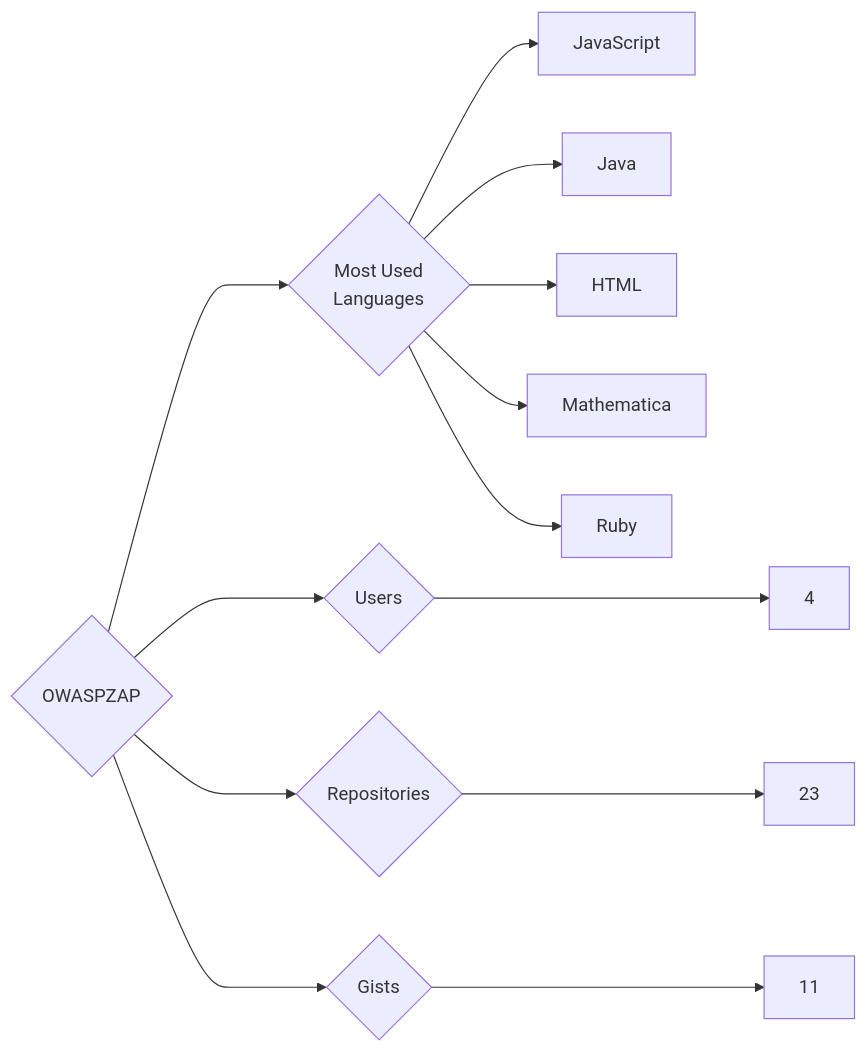
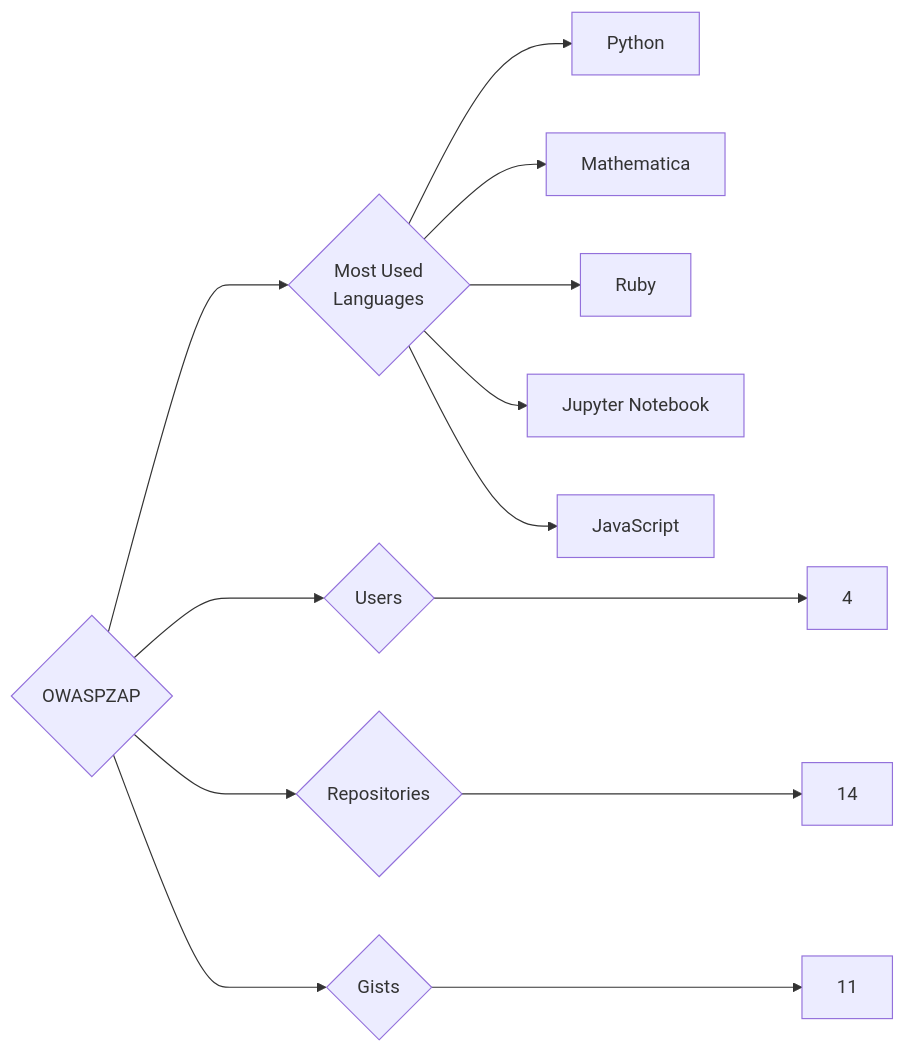
Before and after one commit to trickest/insiders: the diagram in targets/OWASPZAP/README.md, drawn with Mermaid. The commit also changed 1479 other files, not shown here.

````diff
--- a/targets/OWASPZAP/README.md
+++ b/targets/OWASPZAP/README.md
@@ -3,13 +3,13 @@
 ```mermaid
 graph LR
 COMPANY_NAME{OWASPZAP}
 COMPANY_NAME ---> U{Users} ---> UN[4]
-COMPANY_NAME ---> R{Repositories} ---> RN[23]
+COMPANY_NAME ---> R{Repositories} ---> RN[14]
 COMPANY_NAME ---> G{Gists} ---> GN[11]
 COMPANY_NAME ---> ML{Most Used<br>Languages}
-ML --> JavaScript[JavaScript]
-ML --> Java[Java]
-ML --> HTML[HTML]
+ML --> Python[Python]
 ML --> Mathematica[Mathematica]
 ML --> Ruby[Ruby]
+ML --> Jupyter_Notebook[Jupyter Notebook]
+ML --> JavaScript[JavaScript]
 ```
````
